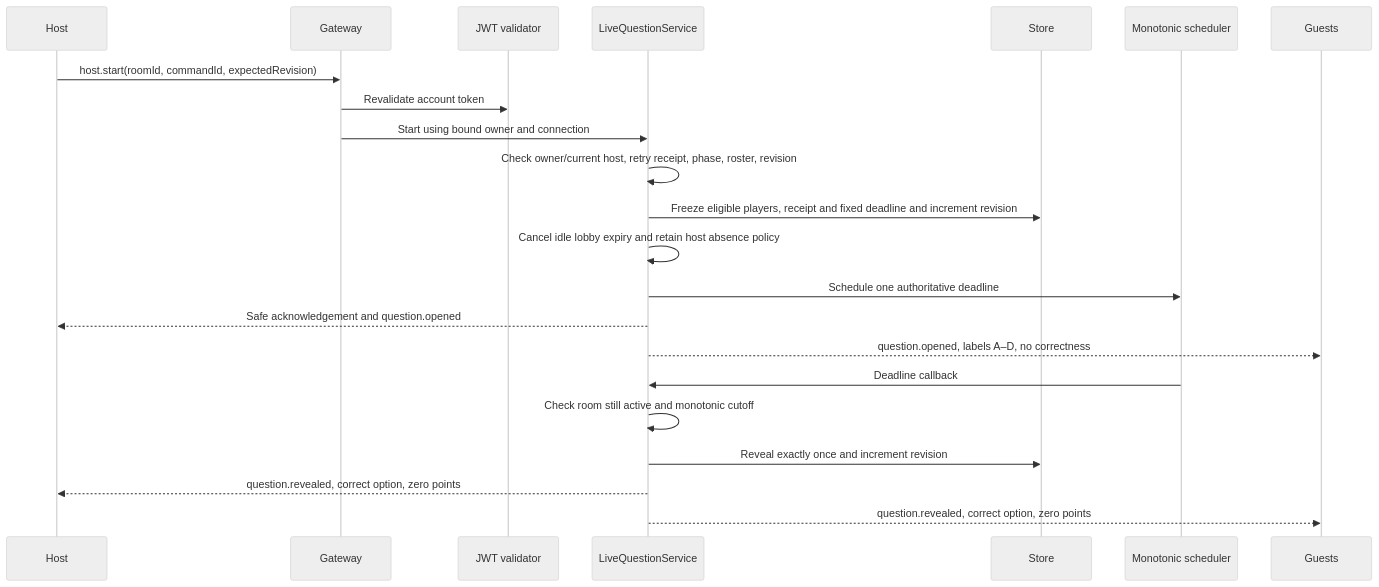
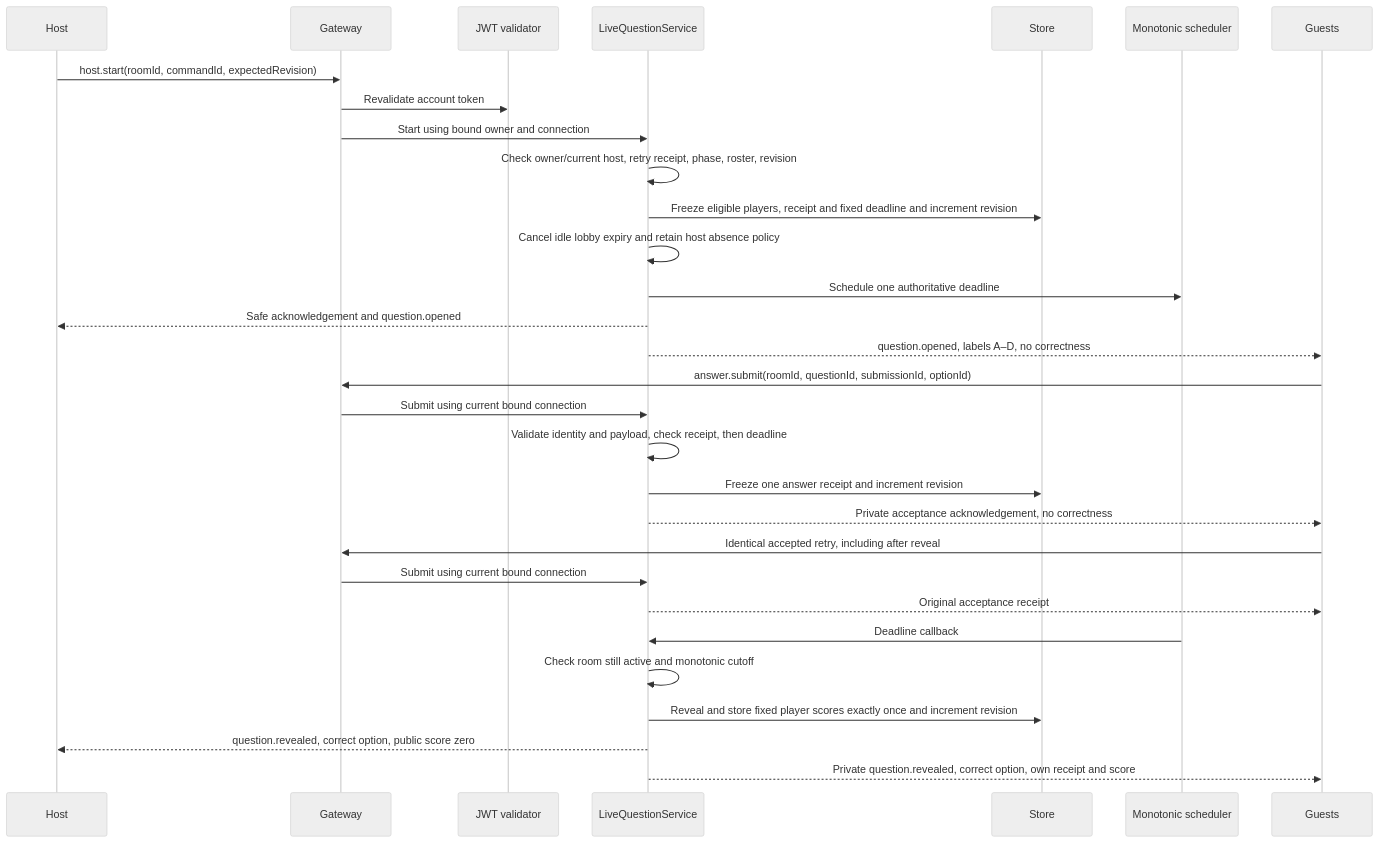
The second of 3 diagrams in docs/architecture/live-question.md (CusmaLinux/robinhoot), drawn with Mermaid (neutral theme) before and after one commit. The commit also changed other lines of this file and 12 other files, not shown here.

Commit message:
feat: accept one answer per player and score once (#55) (#76)

````diff
--- a/docs/architecture/live-question.md
+++ b/docs/architecture/live-question.md
@@ -34,24 +53,32 @@
 ```mermaid
 sequenceDiagram
   participant Host
   participant Gateway
   participant Auth as JWT validator
   participant Live as LiveQuestionService
   participant Store
   participant Timer as Monotonic scheduler
   participant Guests
   Host->>Gateway: host.start(roomId, commandId, expectedRevision)
   Gateway->>Auth: Revalidate account token
   Gateway->>Live: Start using bound owner and connection
   Live->>Live: Check owner/current host, retry receipt, phase, roster, revision
   Live->>Store: Freeze eligible players, receipt and fixed deadline and increment revision
   Live->>Live: Cancel idle lobby expiry and retain host absence policy
   Live->>Timer: Schedule one authoritative deadline
   Live-->>Host: Safe acknowledgement and question.opened
   Live-->>Guests: question.opened, labels A–D, no correctness
+  Guests->>Gateway: answer.submit(roomId, questionId, submissionId, optionId)
+  Gateway->>Live: Submit using current bound connection
+  Live->>Live: Validate identity and payload, check receipt, then deadline
+  Live->>Store: Freeze one answer receipt and increment revision
+  Live-->>Guests: Private acceptance acknowledgement, no correctness
+  Guests->>Gateway: Identical accepted retry, including after reveal
+  Gateway->>Live: Submit using current bound connection
+  Live-->>Guests: Original acceptance receipt
   Timer->>Live: Deadline callback
   Live->>Live: Check room still active and monotonic cutoff
-  Live->>Store: Reveal exactly once and increment revision
-  Live-->>Host: question.revealed, correct option, zero points
-  Live-->>Guests: question.revealed, correct option, zero points
+  Live->>Store: Reveal and store fixed player scores exactly once and increment revision
+  Live-->>Host: question.revealed, correct option, public score zero
+  Live-->>Guests: Private question.revealed, correct option, own receipt and score
 ```
````
